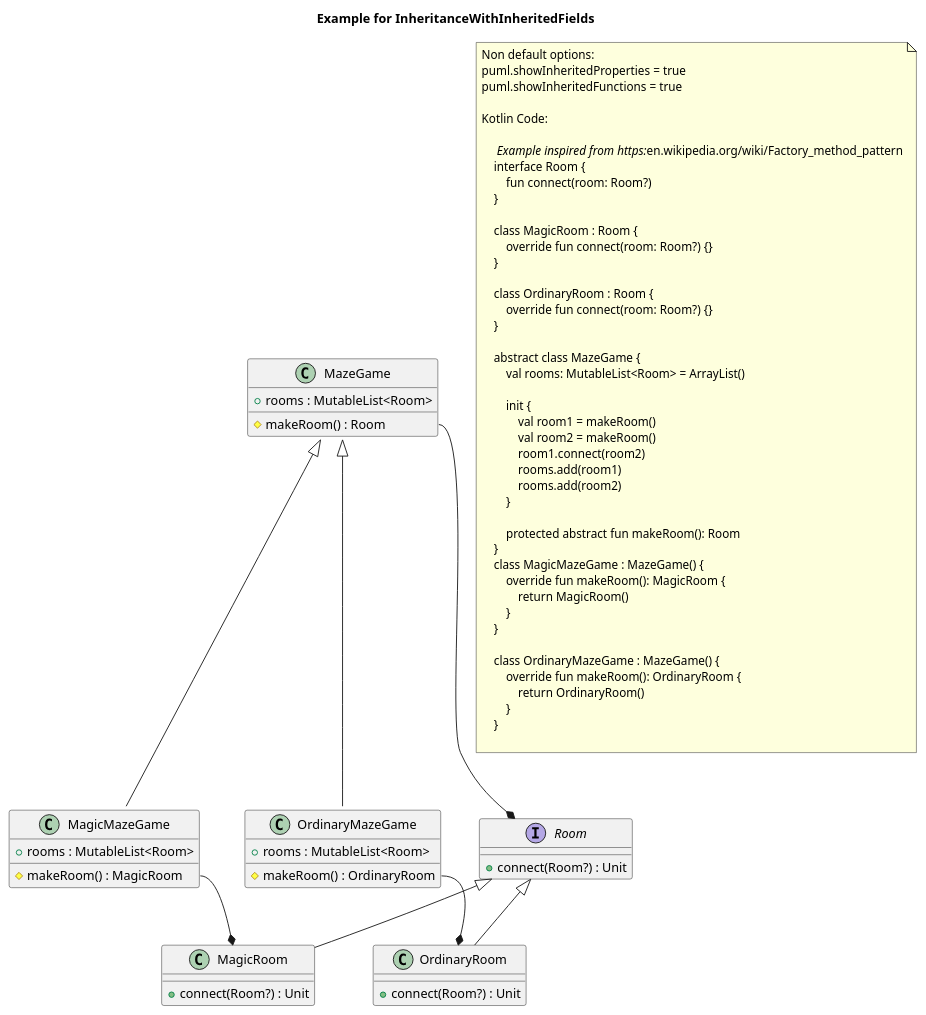
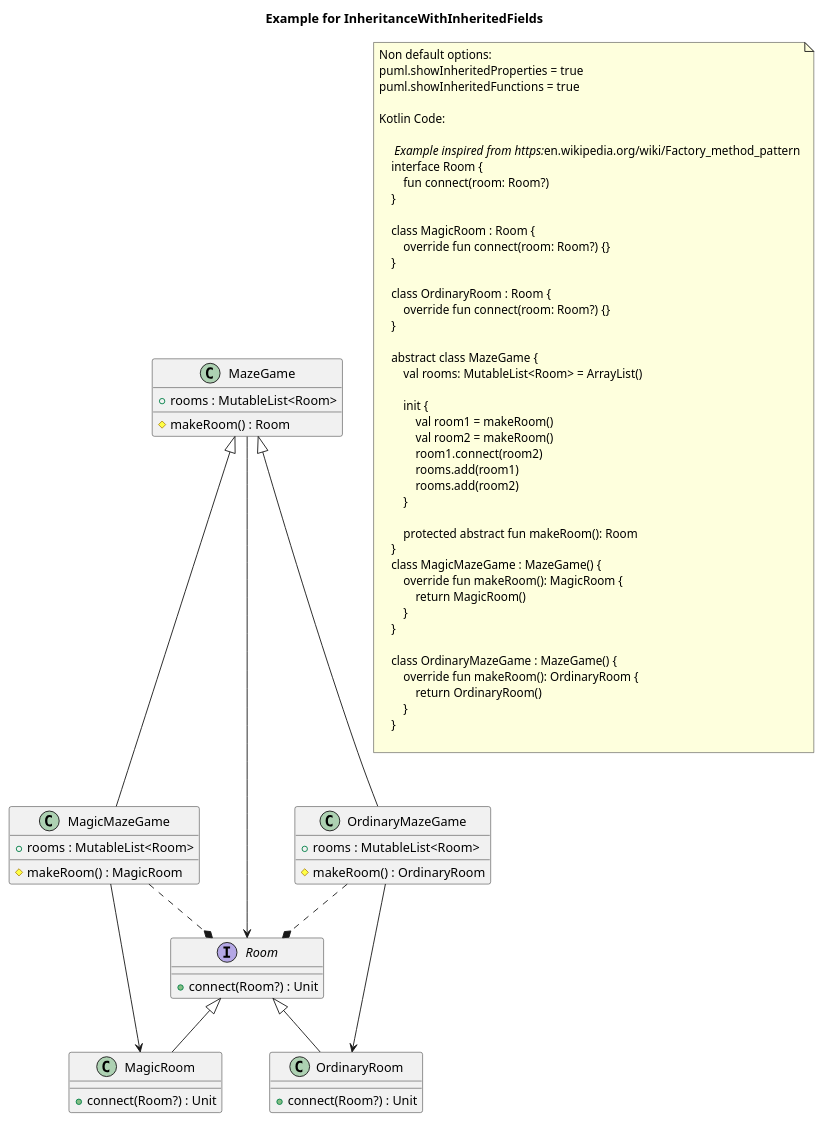
Before and after one commit to Tosaa/ksp-plantuml: the diagram in doc/plantuml/InheritanceWithInheritedFields.puml, drawn with PlantUML. The commit also changed 11 other files, not shown here.

```diff
--- a/doc/plantuml/InheritanceWithInheritedFields.puml
+++ b/doc/plantuml/InheritanceWithInheritedFields.puml
@@ -1,102 +1,101 @@
 @startuml
 title Example for InheritanceWithInheritedFields
 'This file is generated by the GenerateExamplesForDoc test.
 
     '.Room
     interface "Room" as Room {
         + connect(Room?) : Unit
     }
 
 
     '.MagicRoom
     class "MagicRoom" as MagicRoom {
         + connect(Room?) : Unit
     }
 
 
     '.OrdinaryRoom
     class "OrdinaryRoom" as OrdinaryRoom {
         + connect(Room?) : Unit
     }
 
 
     '.MazeGame
     class "MazeGame" as MazeGame {
         + rooms : MutableList<Room>
 		# makeRoom() : Room
     }
 
 
     '.MagicMazeGame
     class "MagicMazeGame" as MagicMazeGame {
         + rooms : MutableList<Room>
 		# makeRoom() : MagicRoom
     }
 
 
     '.OrdinaryMazeGame
     class "OrdinaryMazeGame" as OrdinaryMazeGame {
         + rooms : MutableList<Room>
 		# makeRoom() : OrdinaryRoom
     }
 
 
-'Inheritance relations
+MazeGame --> Room
+OrdinaryMazeGame --> OrdinaryRoom
+OrdinaryMazeGame ..* Room
+MazeGame <|-- OrdinaryMazeGame
+MagicMazeGame --> MagicRoom
+MagicMazeGame ..* Room
+MazeGame <|-- MagicMazeGame
+Room <|-- OrdinaryRoom
 Room <|-- MagicRoom
-Room <|-- OrdinaryRoom
-MazeGame <|-- MagicMazeGame
-MazeGame <|-- OrdinaryMazeGame
-'Property relations
 
-'Function relations
-MazeGame::makeRoom --* Room
-MagicMazeGame::makeRoom --* MagicRoom
-OrdinaryMazeGame::makeRoom --* OrdinaryRoom
 note as note_of_code
 Non default options:
 puml.showInheritedProperties = true
 puml.showInheritedFunctions = true
 
 Kotlin Code:
 
     // Example inspired from https://en.wikipedia.org/wiki/Factory_method_pattern
     interface Room {
         fun connect(room: Room?)
     }
     
     class MagicRoom : Room {
         override fun connect(room: Room?) {}
     }
     
     class OrdinaryRoom : Room {
         override fun connect(room: Room?) {}
     }
     
     abstract class MazeGame {
         val rooms: MutableList<Room> = ArrayList()
     
         init {
             val room1 = makeRoom()
             val room2 = makeRoom()
             room1.connect(room2)
             rooms.add(room1)
             rooms.add(room2)
         }
     
         protected abstract fun makeRoom(): Room
     }
     class MagicMazeGame : MazeGame() {
         override fun makeRoom(): MagicRoom {
             return MagicRoom()
         }
     }
     
     class OrdinaryMazeGame : MazeGame() {
         override fun makeRoom(): OrdinaryRoom {
             return OrdinaryRoom()
         }
     }  
     
 end note
 
 @enduml
```
